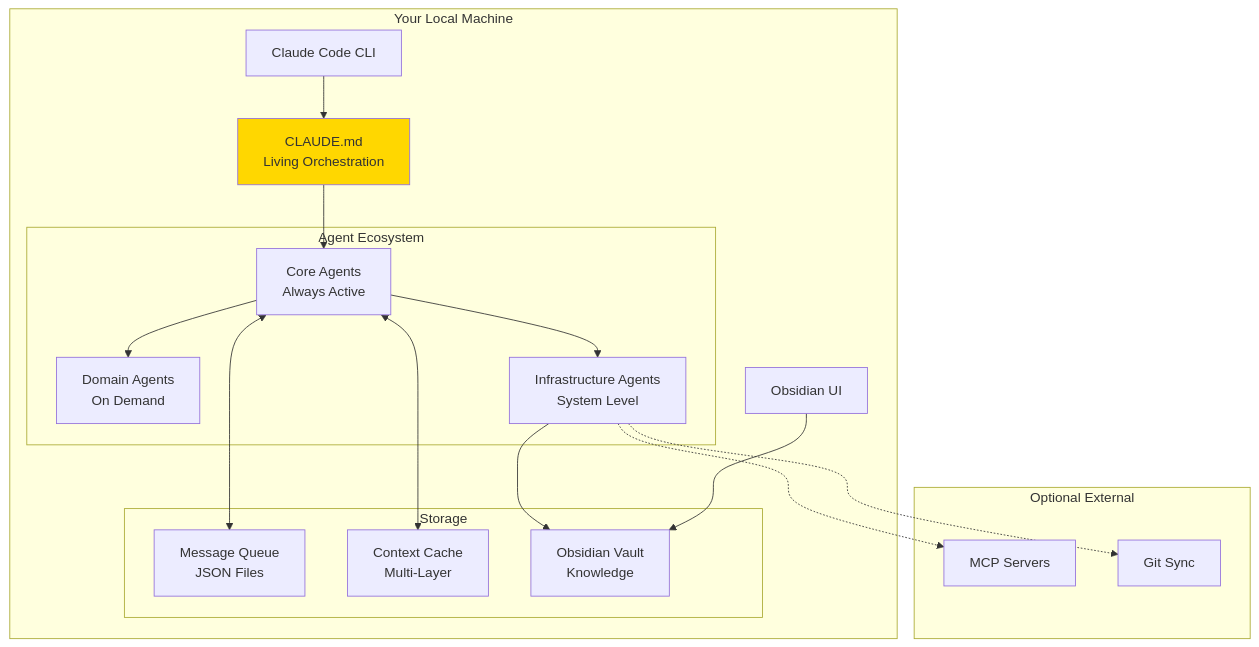
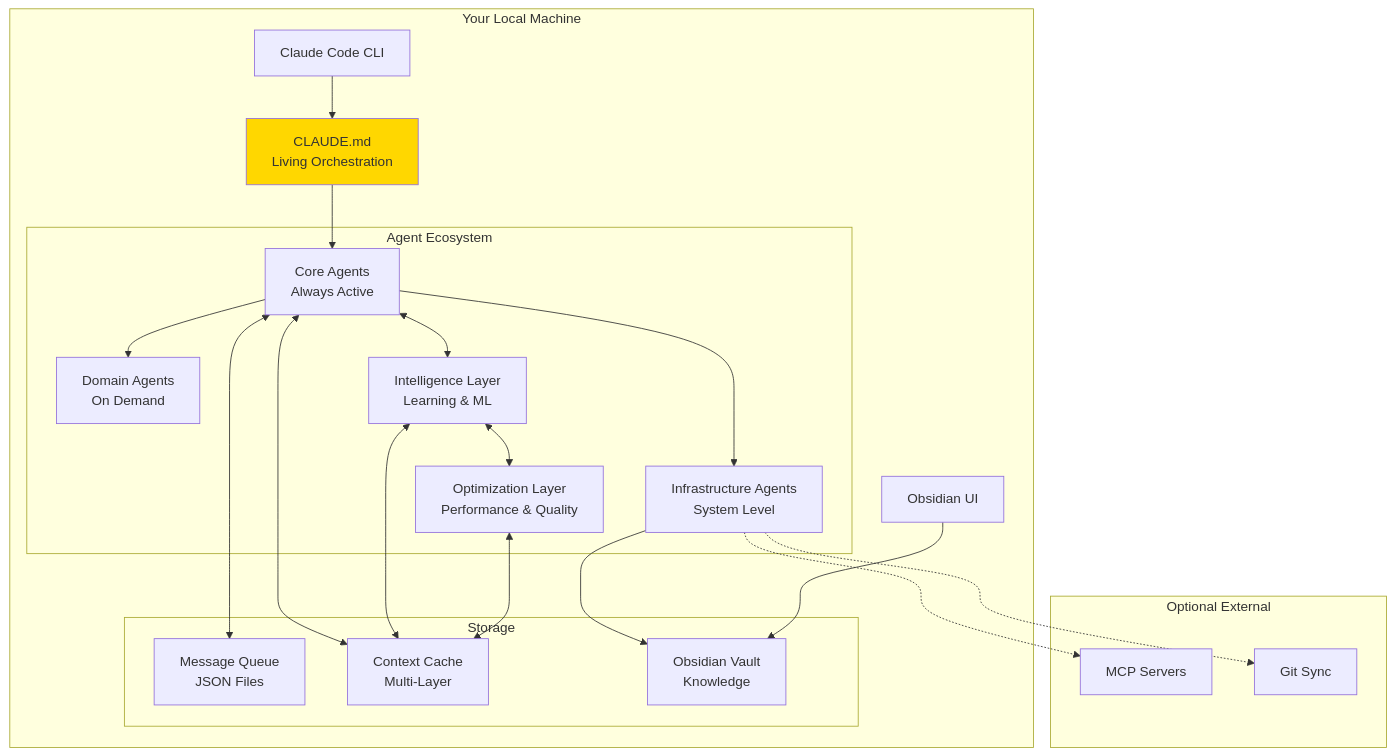
Before and after one commit to sdh07/ClaudeProjects2: the first of 2 diagrams in docs/architecture/03-physical-architecture/Overview.md, drawn with Mermaid. The commit also changed 133 other files, not shown here.

First line of the commit message:
feat: Complete Architecture-Implementation Synchronization

````diff
--- a/docs/architecture/03-physical-architecture/Overview.md
+++ b/docs/architecture/03-physical-architecture/Overview.md
@@ -7,41 +7,47 @@
 ```mermaid
 graph TB
     subgraph "Your Local Machine"
         CLAUDE[CLAUDE.md<br/>Living Orchestration]
         
         subgraph "Agent Ecosystem"
             CORE[Core Agents<br/>Always Active]
             DOMAIN[Domain Agents<br/>On Demand]
             INFRA[Infrastructure Agents<br/>System Level]
+            INTEL[Intelligence Layer<br/>Learning & ML]
+            OPTIM[Optimization Layer<br/>Performance & Quality]
         end
         
         subgraph "Storage"
             MSG[Message Queue<br/>JSON Files]
             CTX[Context Cache<br/>Multi-Layer]
             VAULT[Obsidian Vault<br/>Knowledge]
         end
         
         UI[Obsidian UI]
         CLI[Claude Code CLI]
     end
     
     subgraph "Optional External"
         MCP[MCP Servers]
         GIT[Git Sync]
     end
     
     CLI --> CLAUDE
     CLAUDE --> CORE
     CORE --> DOMAIN
     CORE --> INFRA
+    CORE <--> INTEL
+    INTEL <--> OPTIM
     
     CORE <--> MSG
     CORE <--> CTX
+    INTEL <--> CTX
+    OPTIM <--> CTX
     INFRA --> VAULT
     UI --> VAULT
     
     INFRA -.-> MCP
     INFRA -.-> GIT
     
     style CLAUDE fill:#ffd700
 ```
````
